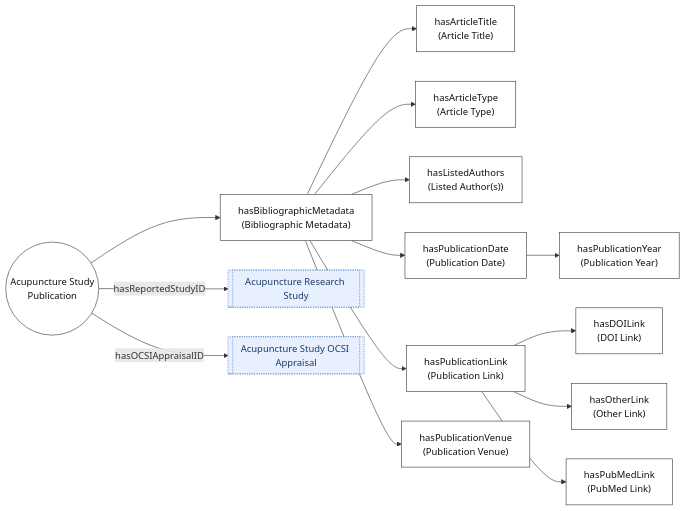
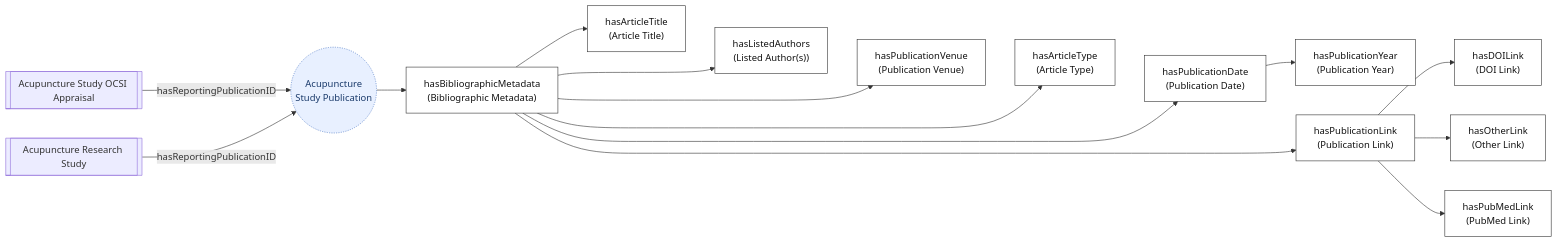
Before and after one commit to smtifahim/TARA-Ontology-Repository: the second of 5 diagrams in ontology-files/base/articles-kb/articles-kb-core/README.md, drawn with Mermaid. The commit also changed other lines of this file, not shown here.

````diff
--- a/ontology-files/base/articles-kb/articles-kb-core/README.md
+++ b/ontology-files/base/articles-kb/articles-kb-core/README.md
@@ -48,33 +48,37 @@
 ```mermaid
 flowchart LR
     classDef group fill:#eee,stroke:#999,stroke-dasharray: 3 3,color:#555
     classDef field fill:#ffffff,stroke:#333,color:#111
     classDef linked fill:#e8f0ff,stroke:#4472c4,stroke-dasharray: 2 2,color:#1a3a6b
 
-    PUB(("Acupuncture Study<br/>Publication")):::field
+    PUB(("Acupuncture<br/>Study Publication")):::field
     BIB["hasBibliographicMetadata<br/>(Bibliographic Metadata)"]:::field
     TITLE["hasArticleTitle<br/>(Article Title)"]:::field
     ATYPE["hasArticleType<br/>(Article Type)"]:::field
     AUTH["hasListedAuthors<br/>(Listed Author(s))"]:::field
     PDATE["hasPublicationDate<br/>(Publication Date)"]:::field
     PYEAR["hasPublicationYear<br/>(Publication Year)"]:::field
     PLINK["hasPublicationLink<br/>(Publication Link)"]:::field
     DOI["hasDOILink<br/>(DOI Link)"]:::field
     OTHER["hasOtherLink<br/>(Other Link)"]:::field
     PUBMED["hasPubMedLink<br/>(PubMed Link)"]:::field
     VENUE["hasPublicationVenue<br/>(Publication Venue)"]:::field
 
     PUB --> BIB
     BIB --> TITLE
     BIB --> ATYPE
     BIB --> AUTH
     BIB --> PDATE --> PYEAR
     BIB --> PLINK
     PLINK --> DOI
     PLINK --> OTHER
     PLINK --> PUBMED
     BIB --> VENUE
 
-    PUB -- hasReportedStudyID --> STUDY_EXT[["Acupuncture Research Study"]]:::linked
-    PUB -- hasOCSIAppraisalID --> OCSI_EXT[["Acupuncture Study OCSI Appraisal"]]:::linked
+    TITLE ~~~ AUTH ~~~ VENUE ~~~ ATYPE ~~~ PDATE ~~~ PLINK
+
+
+    STUDY_EXT[["Acupuncture Research Study"]] -- hasReportingPublicationID --> PUB:::linked
+    
+    OCSI_EXT[["Acupuncture Study OCSI Appraisal"]] -- hasReportingPublicationID --> PUB:::linked
 ```
````
